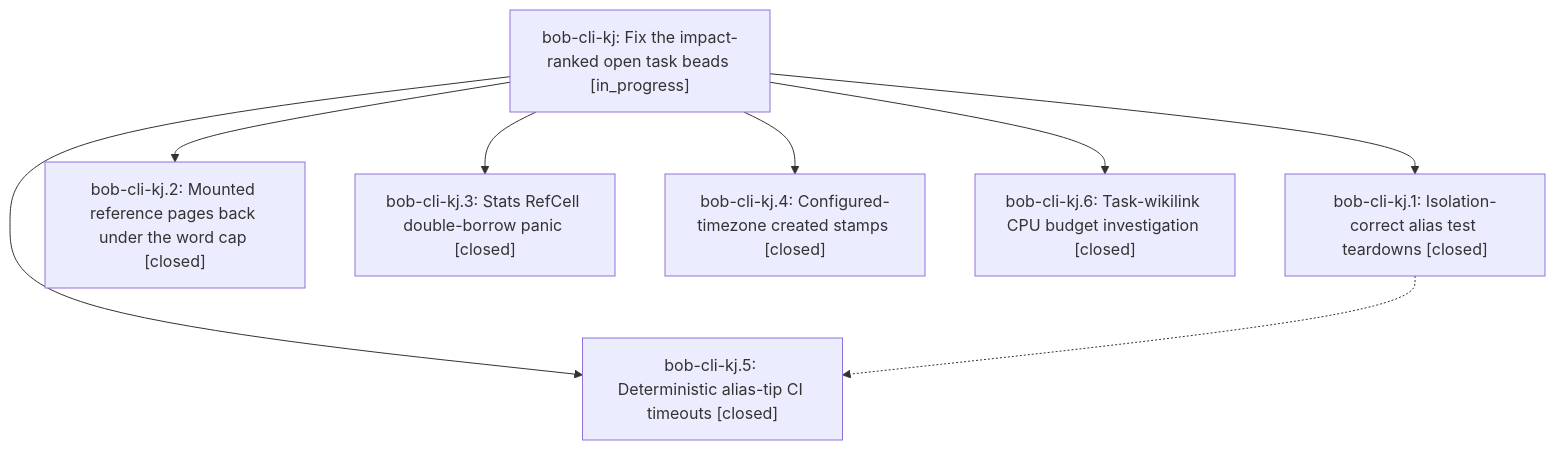
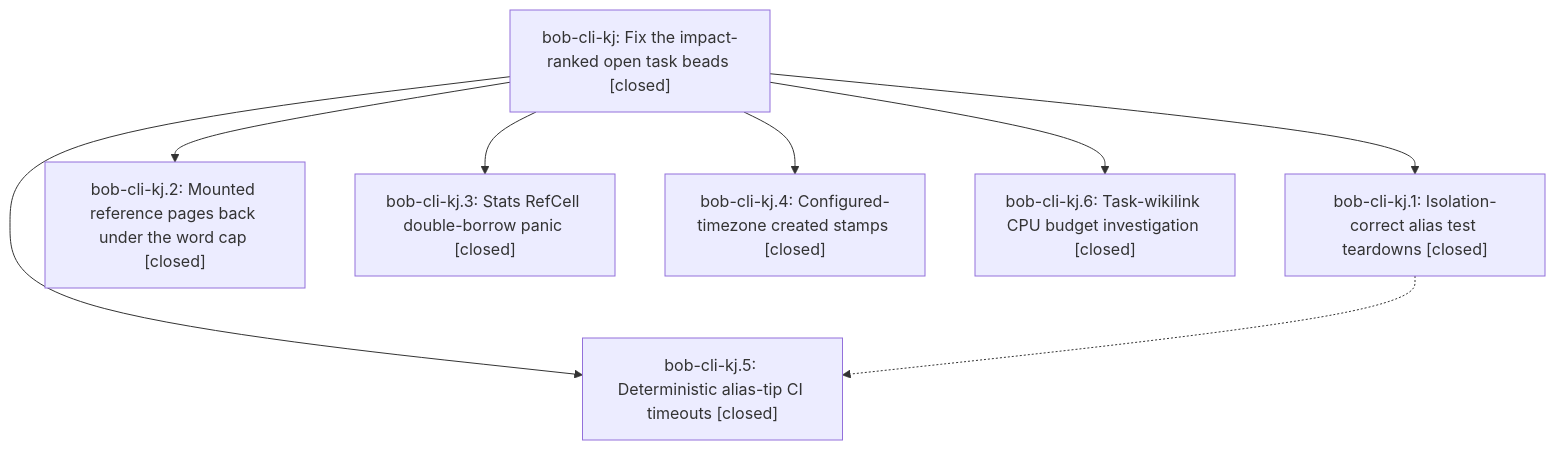
The diagram in pages/bob-cli-kj/README.md (bobs-org/bob-cli--beads), drawn with Mermaid before and after one commit. The commit also changed other lines of this file and 4 other files, not shown here.

First line of the commit message:
chore(beads): sync bead state and pages for bob-cli-kj

````diff
--- a/pages/bob-cli-kj/README.md
+++ b/pages/bob-cli-kj/README.md
@@ -41,17 +51,17 @@
 ```mermaid
 flowchart TD
-    n0["bob-cli-kj: Fix the impact-ranked open task beads [in_progress]"]
+    n0["bob-cli-kj: Fix the impact-ranked open task beads [closed]"]
     n1["bob-cli-kj.1: Isolation-correct alias test teardowns [closed]"]
     n2["bob-cli-kj.2: Mounted reference pages back under the word cap [closed]"]
     n3["bob-cli-kj.3: Stats RefCell double-borrow panic [closed]"]
     n4["bob-cli-kj.4: Configured-timezone created stamps [closed]"]
     n5["bob-cli-kj.5: Deterministic alias-tip CI timeouts [closed]"]
     n6["bob-cli-kj.6: Task-wikilink CPU budget investigation [closed]"]
     n0 --> n1
     n0 --> n2
     n0 --> n3
     n0 --> n4
     n0 --> n5
     n0 --> n6
     n1 -.-> n5
 ```
````
